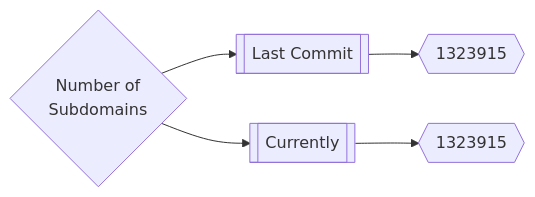
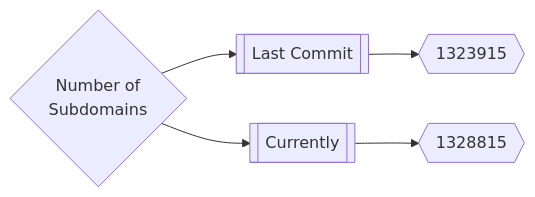
The first of 3 diagrams in README.md (trickest/inventory), drawn with Mermaid before and after one commit. The commit also changed other lines of this file, not shown here.

````diff
--- a/README.md
+++ b/README.md
@@ -165,5 +165,5 @@
 ```mermaid
 graph LR
 title{Number of<br>Subdomains} --> subdomainsDate1[[Last Commit]] --> subdomainsNum1{{1323915}}
-title --> subdomainsDate2[[Currently]] --> subdomainsNum2{{1323915}}
+title --> subdomainsDate2[[Currently]] --> subdomainsNum2{{1328815}}
 ```
````
